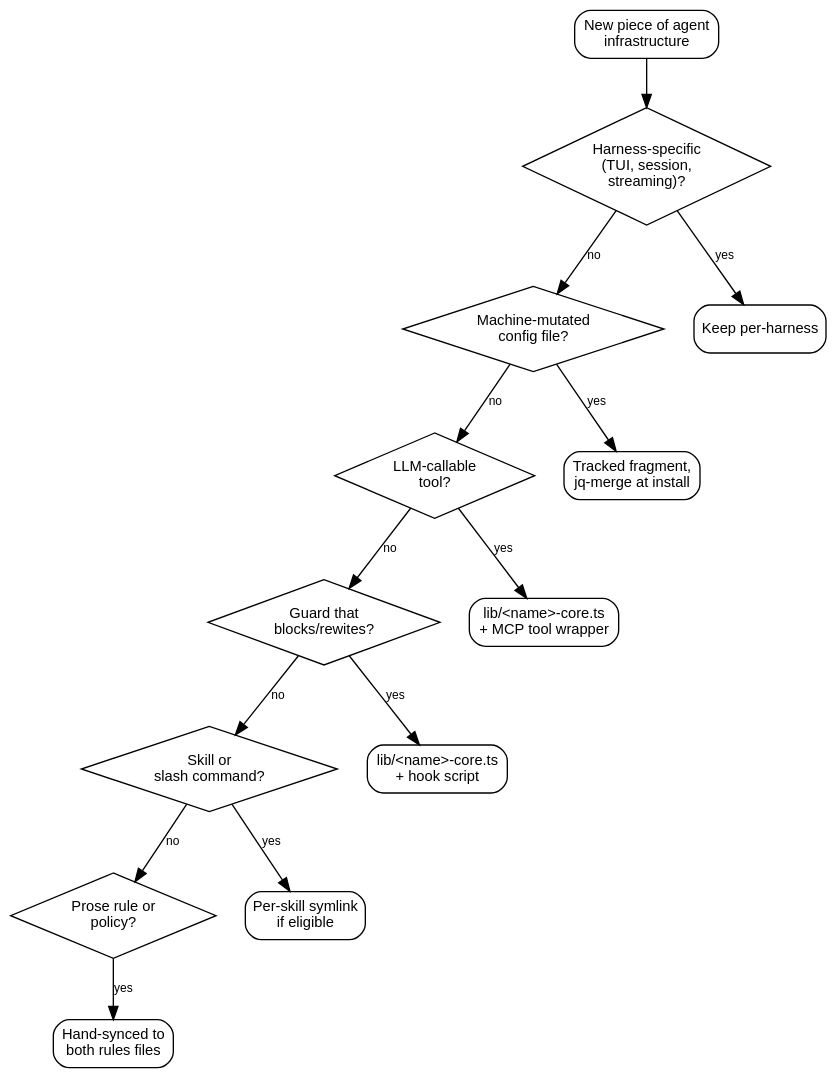
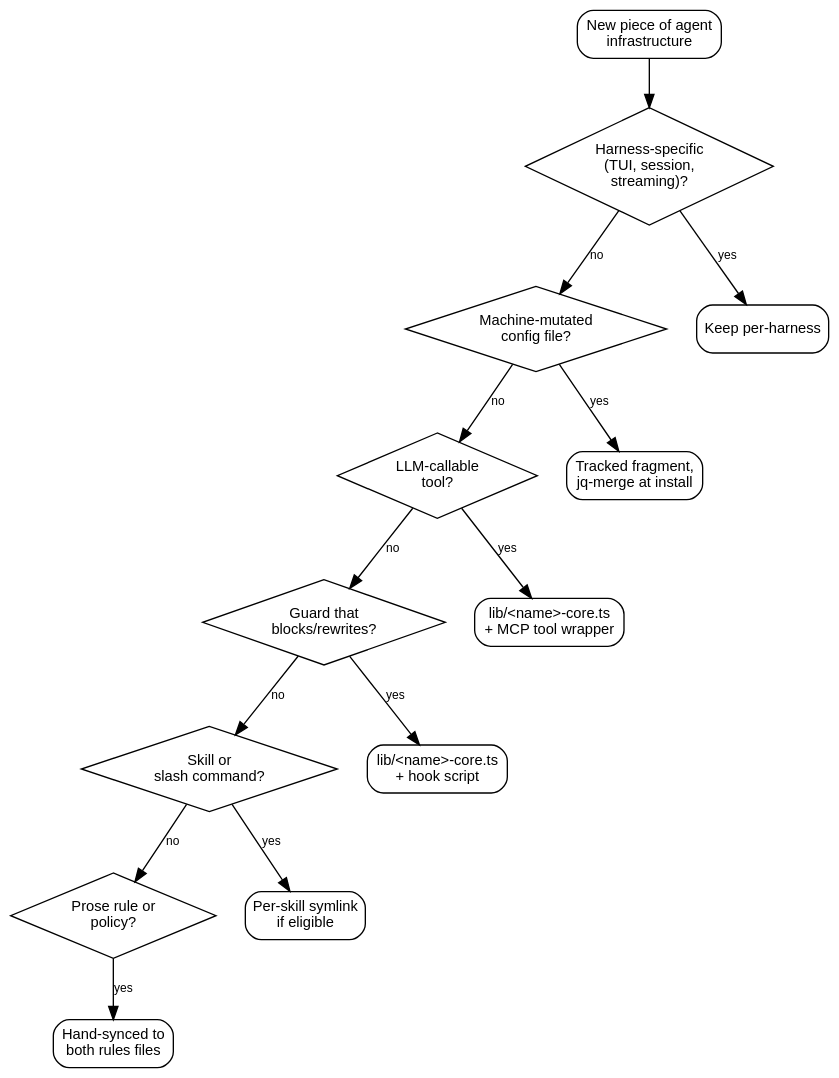
The second of 2 diagrams in src/content/docs/reference/one-rule-set-two-agent-harnesses.mdx (erfianugrah/lexicanum), drawn with Graphviz before and after one commit. The commit also changed other lines of this file and 14 other files, not shown here.

First line of the commit message:
docs(harnesses): presentation, diagram and prose pass over the pi harness series (lexicanum#57)

````diff
--- a/src/content/docs/reference/one-rule-set-two-agent-harnesses.mdx
+++ b/src/content/docs/reference/one-rule-set-two-agent-harnesses.mdx
@@ -312,37 +307,37 @@
 ```dot
 digraph {
   rankdir=TB; bgcolor="transparent"; nodesep=0.3; ranksep=0.5;
   fontname="Helvetica,Arial,sans-serif";
   node [fontname="Helvetica,Arial,sans-serif", fontsize=11, shape=diamond, margin="0.1,0.05"];
   edge [fontname="Helvetica,Arial,sans-serif", fontsize=9];
 
   start [label="New piece of agent\ninfrastructure", shape=box, style=rounded];
 
   q_harness [label="Harness-specific\n(TUI, session,\nstreaming)?"];
   q_config [label="Machine-mutated\nconfig file?"];
   q_tool [label="LLM-callable\ntool?"];
-  q_guard [label="Guard that\nblocks/rewites?"];
+  q_guard [label="Guard that\nblocks/rewrites?"];
   q_skill [label="Skill or\nslash command?"];
   q_rules [label="Prose rule or\npolicy?"];
 
   r_skip [label="Keep per-harness", shape=box, style=rounded];
   r_fragment [label="Tracked fragment,\njq-merge at install", shape=box, style=rounded];
   r_core [label="lib/<name>-core.ts\n+ MCP tool wrapper", shape=box, style=rounded];
   r_hook [label="lib/<name>-core.ts\n+ hook script", shape=box, style=rounded];
   r_symlink [label="Per-skill symlink\nif eligible", shape=box, style=rounded];
   r_sync [label="Hand-synced to\nboth rules files", shape=box, style=rounded];
 
   start -> q_harness;
   q_harness -> r_skip [label="yes"];
   q_harness -> q_config [label="no"];
   q_config -> r_fragment [label="yes"];
   q_config -> q_tool [label="no"];
   q_tool -> r_core [label="yes"];
   q_tool -> q_guard [label="no"];
   q_guard -> r_hook [label="yes"];
   q_guard -> q_skill [label="no"];
   q_skill -> r_symlink [label="yes"];
   q_skill -> q_rules [label="no"];
   q_rules -> r_sync [label="yes"];
 }
 ```
````
